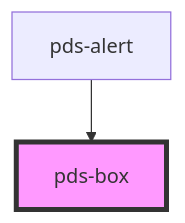
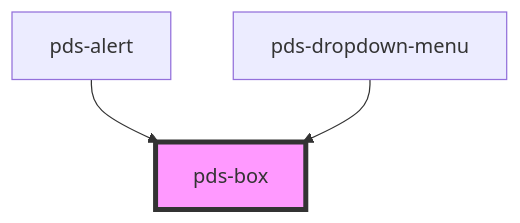
The diagram in libs/core/src/components/pds-box/readme.md (Kajabi/pine), drawn with Mermaid before and after one commit. The commit also changed other lines of this file and 24 other files, not shown here.

First line of the commit message:
feat(pds-dropdown): implementation (#455)

````diff
--- a/libs/core/src/components/pds-box/readme.md
+++ b/libs/core/src/components/pds-box/readme.md
@@ -58,5 +59,6 @@
 ```mermaid
 graph TD;
   pds-alert --> pds-box
+  pds-dropdown-menu --> pds-box
   style pds-box fill:#f9f,stroke:#333,stroke-width:4px
 ```
````
